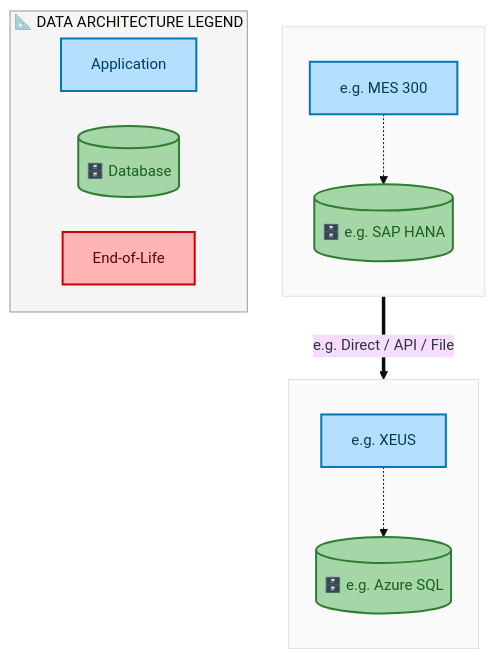
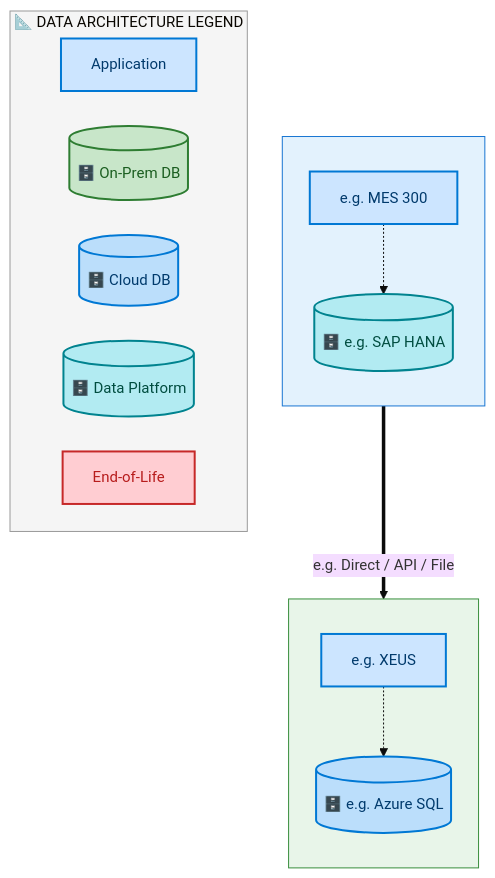
Before and after one commit to sajivfrancis777/IAO-Architecture: the third of 7 diagrams in towers/E2E/Procure to Pay/E2E-62/output/docs/systems-architecture/E2E-62-Architecture.md, drawn with Mermaid. The commit also changed other lines of this file and 394 other files, not shown here.

First line of the commit message:
feat: structured layer ordering for Mermaid architecture diagrams

````diff
--- a/towers/E2E/Procure to Pay/E2E-62/output/docs/systems-architecture/E2E-62-Architecture.md
+++ b/towers/E2E/Procure to Pay/E2E-62/output/docs/systems-architecture/E2E-62-Architecture.md
@@ -297,33 +297,37 @@
 ```mermaid
 %%{init: {"theme": "base", "securityLevel": "loose", "themeVariables": {"fontSize": "15px", "fontFamily": "Segoe UI, Arial"}, "flowchart": {"useMaxWidth": false, "htmlLabels": true, "nodeSpacing": 35, "rankSpacing": 45}} }%%
 flowchart TB
-    classDef appBox fill:#B5DFFF,stroke:#0077B6,stroke-width:2px,color:#003D5B
-    classDef dbCyl fill:#A5D6A7,stroke:#2E7D32,stroke-width:2px,color:#1B5E20
-    classDef eolBox fill:#FFB5B5,stroke:#CC0000,stroke-width:2px,color:#660000
+    classDef appBox fill:#CCE5FF,stroke:#0078D4,stroke-width:2px,color:#003A6C
+    classDef dbCyl fill:#C8E6C9,stroke:#2E7D32,stroke-width:2px,color:#1B5E20
+    classDef dbCloud fill:#BBDEFB,stroke:#0078D4,stroke-width:2px,color:#003A6C
+    classDef dbData fill:#B2EBF2,stroke:#00838F,stroke-width:2px,color:#004D40
+    classDef eolBox fill:#FFCDD2,stroke:#C62828,stroke-width:2px,color:#B71C1C
 
     subgraph E2E62FDACL_e_g_Azure_SQL[" "]
         direction TB
         E2E62FDAA_e_g_XEUS["e.g. XEUS"]:::appBox
-        E2E62FDAD_e_g_Azure_SQL[("🗄️ e.g. Azure SQL")]:::dbCyl
+        E2E62FDAD_e_g_Azure_SQL[("🗄️ e.g. Azure SQL")]:::dbCloud
         E2E62FDAA_e_g_XEUS -.-> E2E62FDAD_e_g_Azure_SQL
     end
-    style E2E62FDACL_e_g_Azure_SQL fill:#FAFAFA,stroke:#E0E0E0,stroke-width:1px
+    style E2E62FDACL_e_g_Azure_SQL fill:#E8F5E9,stroke:#388E3C,stroke-width:1px
 
     subgraph E2E62FDACL_e_g_SAP_HANA[" "]
         direction TB
         E2E62FDAA_e_g_MES_300["e.g. MES 300"]:::appBox
-        E2E62FDAD_e_g_SAP_HANA[("🗄️ e.g. SAP HANA")]:::dbCyl
+        E2E62FDAD_e_g_SAP_HANA[("🗄️ e.g. SAP HANA")]:::dbData
         E2E62FDAA_e_g_MES_300 -.-> E2E62FDAD_e_g_SAP_HANA
     end
-    style E2E62FDACL_e_g_SAP_HANA fill:#FAFAFA,stroke:#E0E0E0,stroke-width:1px
+    style E2E62FDACL_e_g_SAP_HANA fill:#E3F2FD,stroke:#1976D2,stroke-width:1px
 
     E2E62FDAD_e_g_SAP_HANA ==>|"e.g. Direct / API / File"| E2E62FDAD_e_g_Azure_SQL
 
     subgraph Legend["📐 DATA ARCHITECTURE LEGEND"]
         direction LR
         L_A["Application"]:::appBox
-        L_D[("🗄️ Database")]:::dbCyl
+        L_D[("🗄️ On-Prem DB")]:::dbCyl
+        L_DC[("🗄️ Cloud DB")]:::dbCloud
+        L_DD[("🗄️ Data Platform")]:::dbData
         L_E["End-of-Life"]:::eolBox
     end
     style Legend fill:#F5F5F5,stroke:#999,stroke-width:1px
 ```
````
